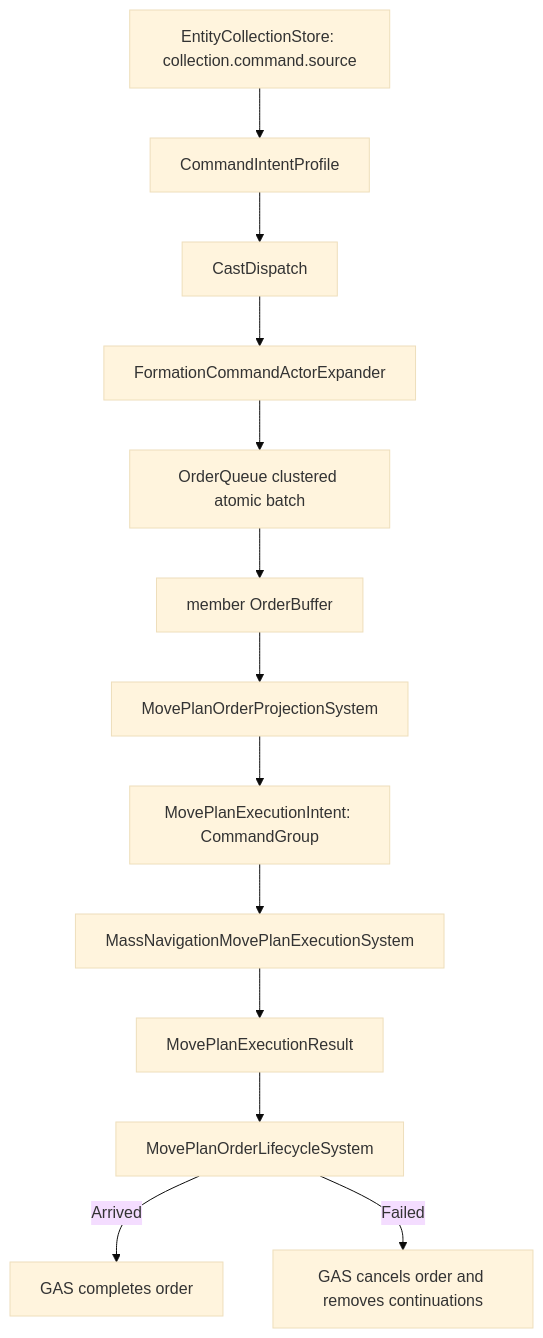
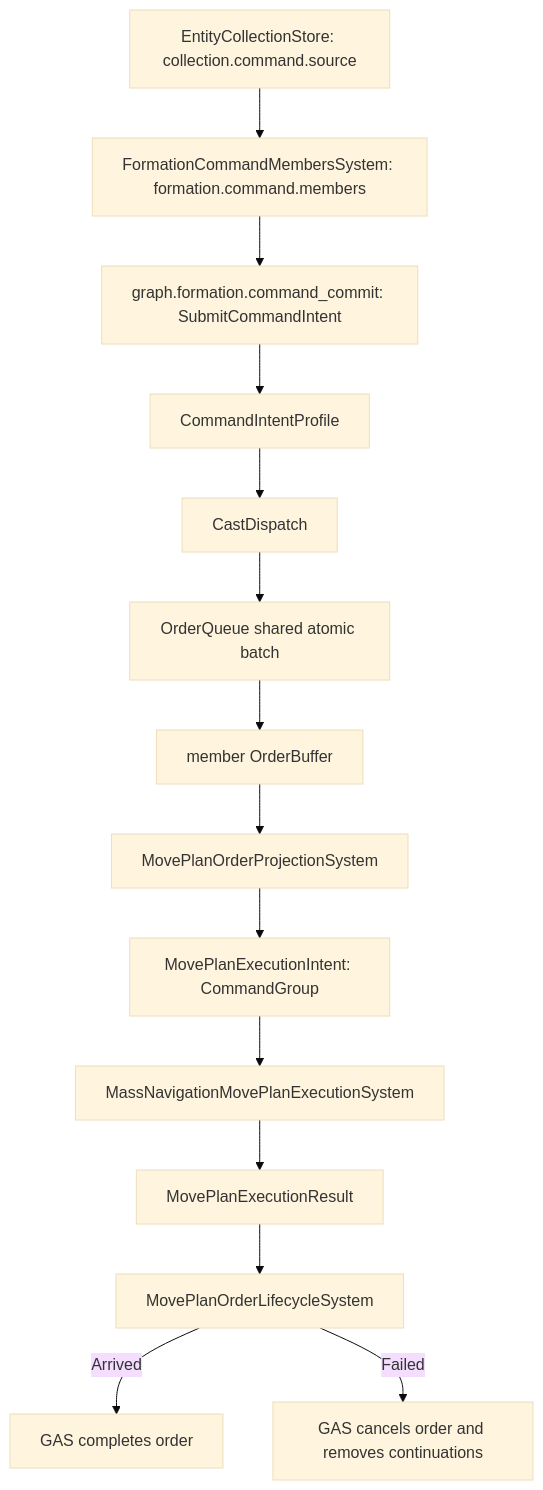
Before and after one commit to MightyBubble/Ludots: the diagram in gitbook/reference/mass-navigation-formal-chain.md, drawn with Mermaid (base theme). The commit also changed other lines of this file and 15 other files, not shown here.

First line of the commit message:
refactor(formation): 右键下令改交互状态+下令图，anchor 换成员由 mod 自己的集合完成

````diff
--- a/gitbook/reference/mass-navigation-formal-chain.md
+++ b/gitbook/reference/mass-navigation-formal-chain.md
@@ -25,19 +25,20 @@
 ```mermaid
 flowchart TD
     Source["EntityCollectionStore: collection.command.source"]
+    Expand["FormationCommandMembersSystem: formation.command.members"]
+    Graph["graph.formation.command_commit: SubmitCommandIntent"]
     Intent["CommandIntentProfile"]
     Dispatch["CastDispatch"]
-    Expand["FormationCommandActorExpander"]
-    Queue["OrderQueue clustered atomic batch"]
+    Queue["OrderQueue shared atomic batch"]
     Buffer["member OrderBuffer"]
     Projection["MovePlanOrderProjectionSystem"]
     TypedIntent["MovePlanExecutionIntent: CommandGroup"]
     Mass["MassNavigationMovePlanExecutionSystem"]
     Result["MovePlanExecutionResult"]
     Lifecycle["MovePlanOrderLifecycleSystem"]
 
-    Source --> Intent --> Dispatch --> Expand --> Queue --> Buffer --> Projection
+    Source --> Expand --> Graph --> Intent --> Dispatch --> Queue --> Buffer --> Projection
     Projection --> TypedIntent --> Mass --> Result --> Lifecycle
     Lifecycle -->|Arrived| Complete["GAS completes order"]
     Lifecycle -->|Failed| Cancel["GAS cancels order and removes continuations"]
 ```
````
